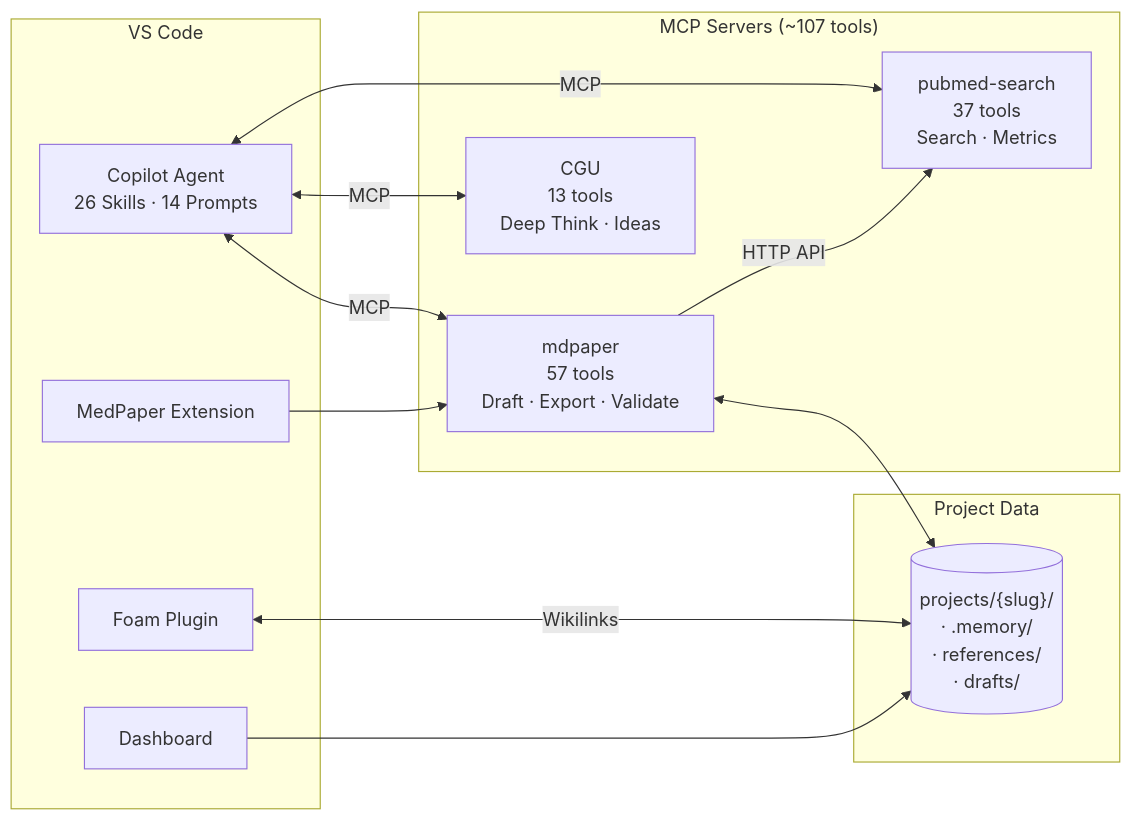
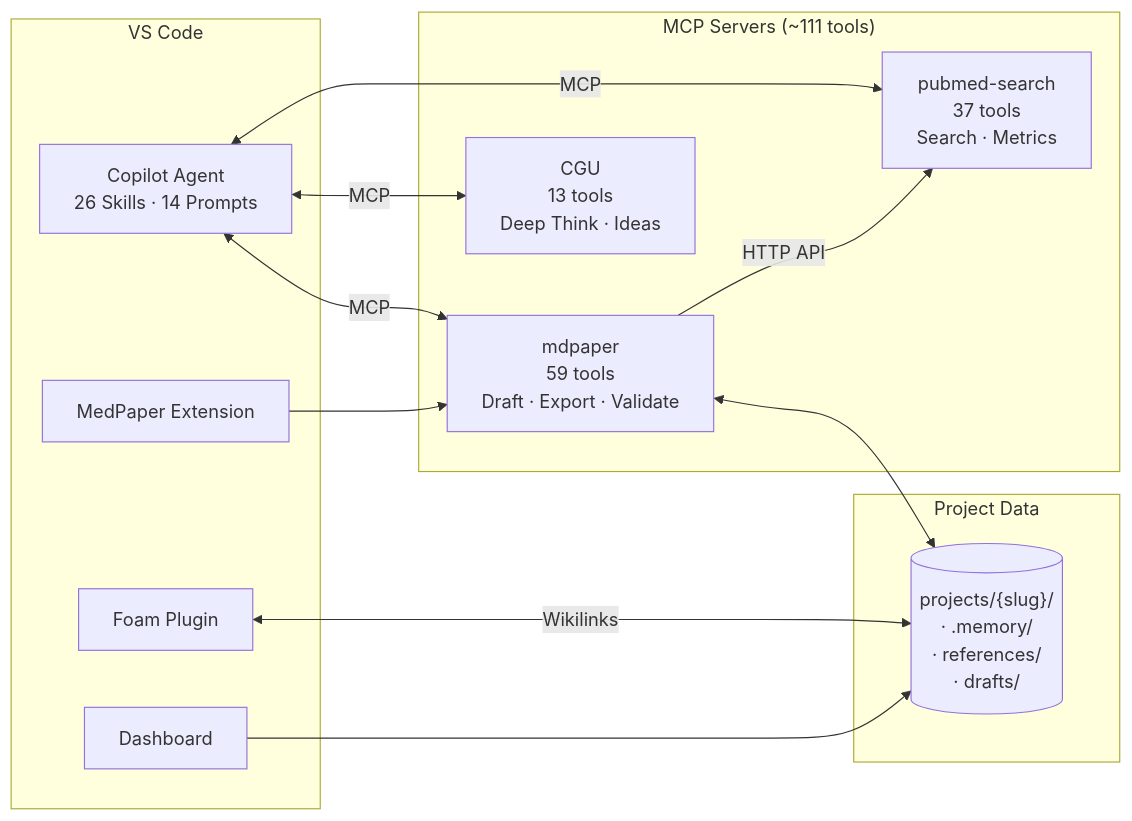
One commit to u9401066/med-paper-assistant changed the diagram in README.md. Above: the diagram before and after it, drawn with Mermaid. The commit also changed other lines of this file and 39 other files, not shown here.

````diff
--- a/README.md
+++ b/README.md
@@ -49,28 +49,28 @@
 ```mermaid
 flowchart LR
     subgraph IDE["VS Code"]
         Agent["Copilot Agent<br/>26 Skills · 14 Prompts"]
         Foam[Foam Plugin]
         Ext[MedPaper Extension]
         Dash[Dashboard]
     end
 
-    subgraph MCP["MCP Servers (~107 tools)"]
-        mdpaper["mdpaper<br/>57 tools<br/>Draft · Export · Validate"]
+    subgraph MCP["MCP Servers (~111 tools)"]
+        mdpaper["mdpaper<br/>59 tools<br/>Draft · Export · Validate"]
         pubmed["pubmed-search<br/>37 tools<br/>Search · Metrics"]
         cgu["CGU<br/>13 tools<br/>Deep Think · Ideas"]
     end
 
     subgraph Data["Project Data"]
         proj[("projects/{slug}/<br/>· .memory/<br/>· references/<br/>· drafts/")]
     end
 
     Agent <-->|MCP| mdpaper
     Agent <-->|MCP| pubmed
     Agent <-->|MCP| cgu
     mdpaper -->|HTTP API| pubmed
     Foam <-->|Wikilinks| proj
     mdpaper <--> proj
     Ext --> mdpaper
     Dash --> proj
 ```
````
